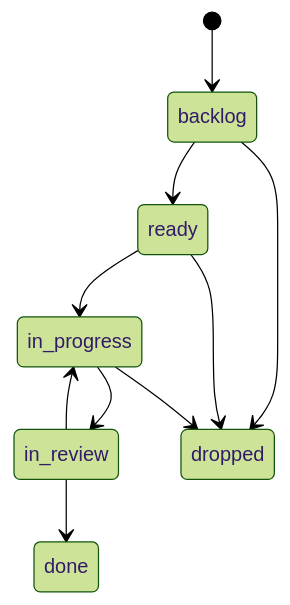
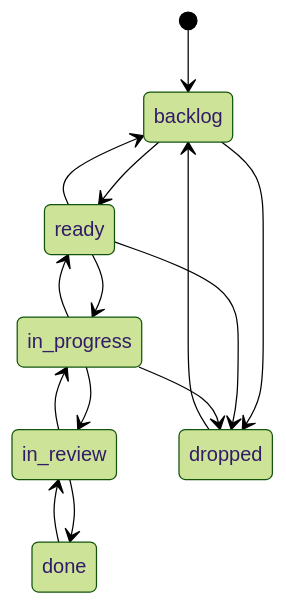
The second of 2 diagrams in docs/02-workspace-contract.md (chelowek054-lgtm/docdd-console), drawn with Mermaid (forest theme) before and after one commit. The commit also changed other lines of this file and 7 other files, not shown here.

````diff
--- a/docs/02-workspace-contract.md
+++ b/docs/02-workspace-contract.md
@@ -229,12 +238,16 @@
 ```mermaid
 stateDiagram-v2
     [*] --> backlog
     backlog --> ready
+    ready --> backlog
     ready --> in_progress
+    in_progress --> ready
     in_progress --> in_review
     in_review --> in_progress
     in_review --> done
+    done --> in_review
     backlog --> dropped
     ready --> dropped
     in_progress --> dropped
+    dropped --> backlog
 ```
````
